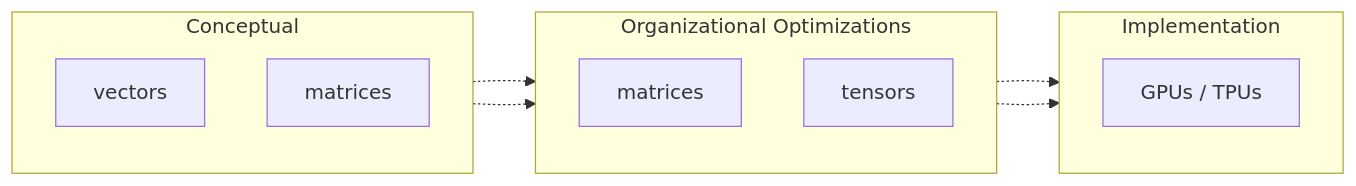
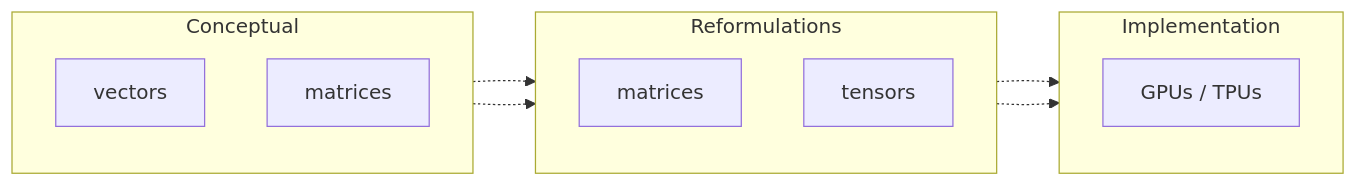
Before and after one commit to yshavit/llm-notes: the diagram in book/03-The-LLM/01-llm-architecture.md, drawn with Mermaid. The commit also changed other lines of this file and 3 other files, not shown here.

````diff
--- a/book/03-The-LLM/01-llm-architecture.md
+++ b/book/03-The-LLM/01-llm-architecture.md
@@ -32,24 +34,24 @@
 ```mermaid
 flowchart LR
 
   subgraph Concept[Conceptual]
     direction TB
     C1[vectors]
     C2[matrices]
   end
 
-  subgraph Org[Organizational Optimizations]
+  subgraph Org[Reformulations]
     direction TB
     L1[matrices]
     L2[tensors]
   end
 
   subgraph Implementation
     direction TB
     Hardware[GPUs / TPUs]
   end
 
   C1 -.-> L1 -.-> Hardware
   C2 -.-> L2 -.-> Hardware
   
 ```
````
